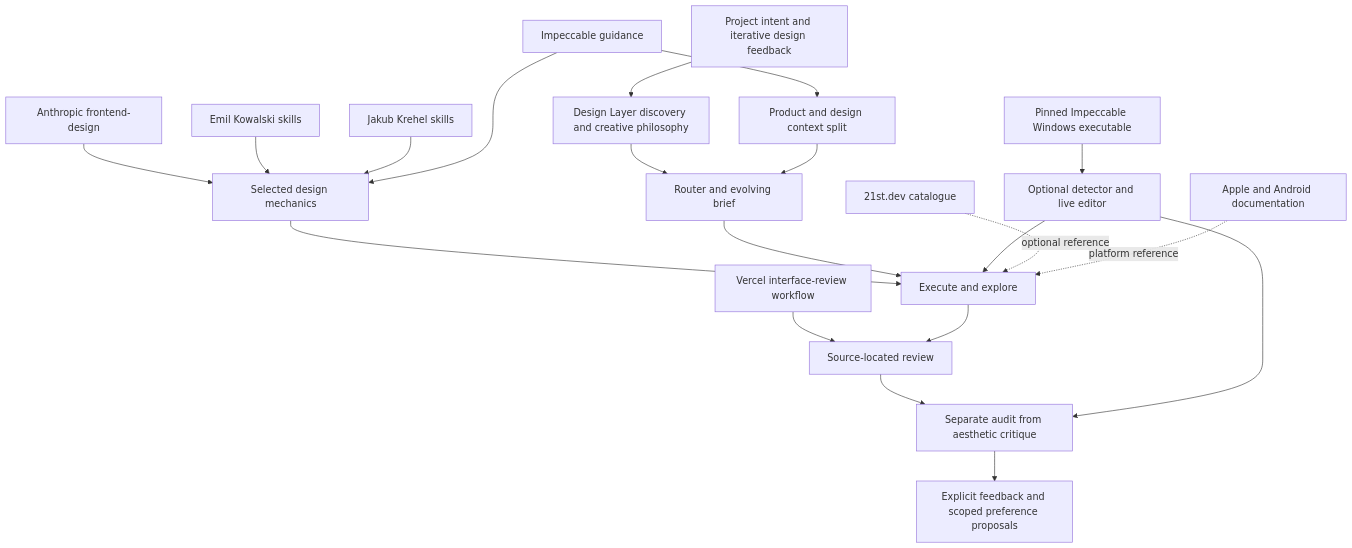
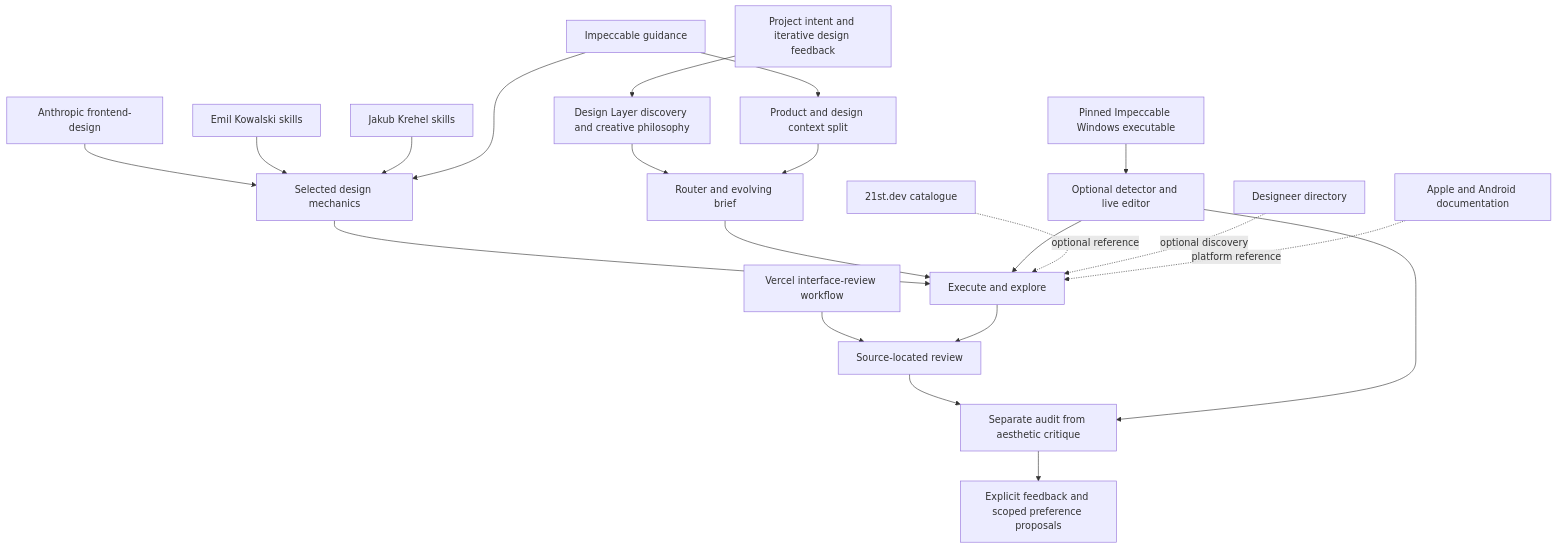
One commit to Barncore/design-layer changed the diagram in docs/lineage.md. Above: the diagram before and after it, drawn with Mermaid. The commit also changed other lines of this file and 5 other files, not shown here.

Commit message:
Add Designeer discovery guidance

````diff
--- a/docs/lineage.md
+++ b/docs/lineage.md
@@ -5,22 +5,23 @@
 ```mermaid
 flowchart TD
     A[Anthropic frontend-design] --> M[Selected design mechanics]
     E[Emil Kowalski skills] --> M
     J[Jakub Krehel skills] --> M
     V[Vercel interface-review workflow] --> Q[Source-located review]
     I[Impeccable guidance] --> M
     I --> C[Product and design context split]
     P[Project intent and iterative design feedback] --> D[Design Layer discovery and creative philosophy]
     M --> X[Execute and explore]
     D --> R[Router and evolving brief]
     C --> R
     R --> X
     X --> Q
     Q --> B[Separate audit from aesthetic critique]
     B --> F[Explicit feedback and scoped preference proposals]
     T[Pinned Impeccable Windows executable] --> O[Optional detector and live editor]
     O --> B
     O --> X
     K[21st.dev catalogue] -. optional reference .-> X
+    S[Designeer directory] -. optional discovery .-> X
     N[Apple and Android documentation] -. platform reference .-> X
 ```
````
